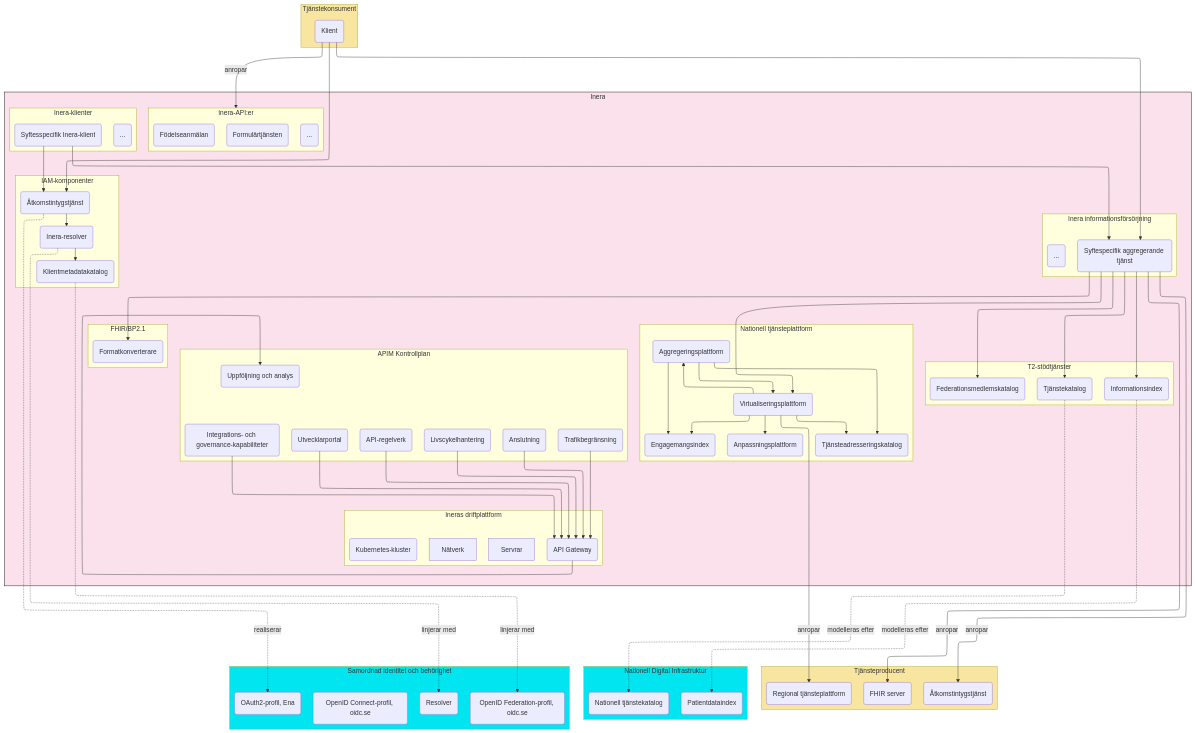
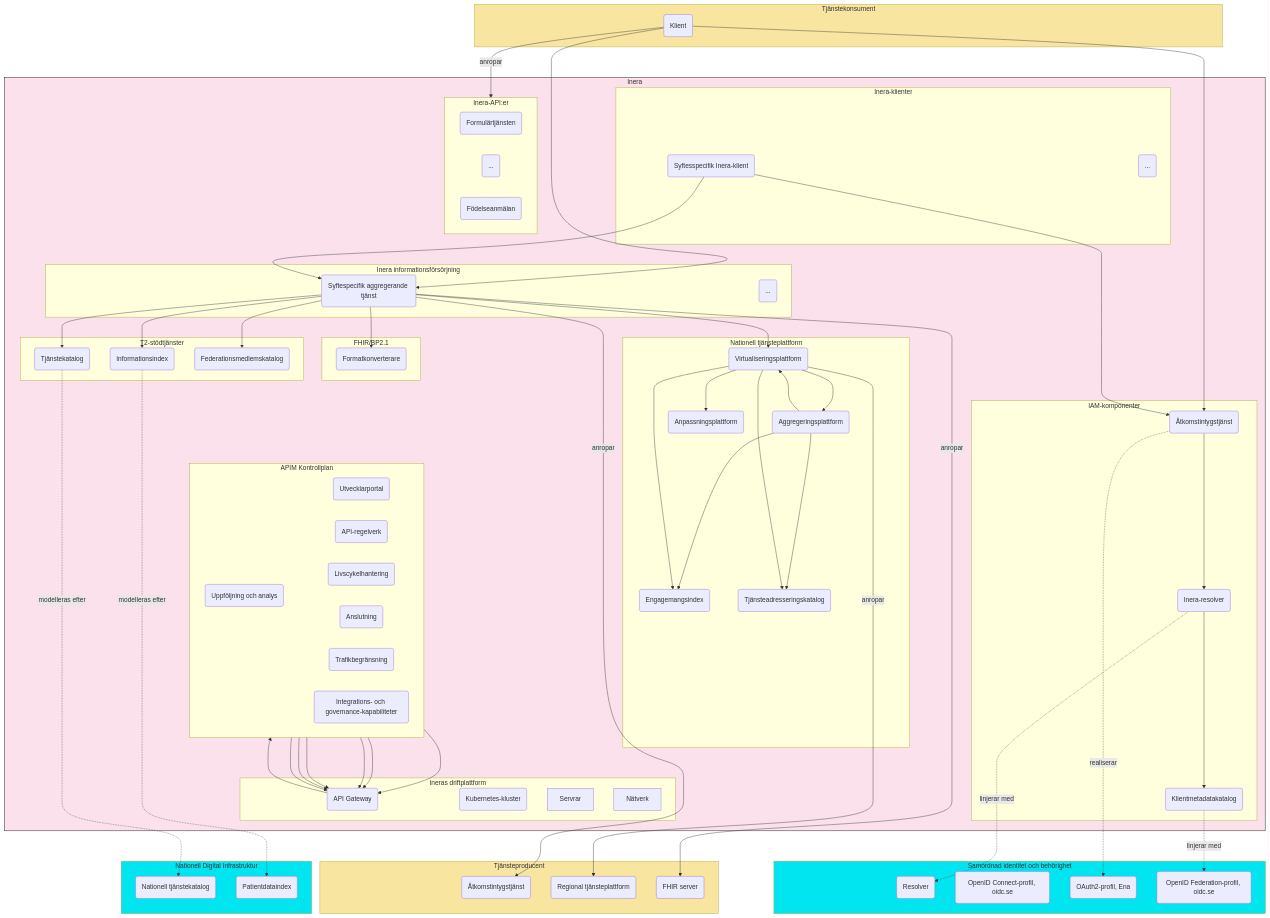
One commit to anders-malmros-inera/t2mmd changed the second of 2 diagrams in T2-krav/solution.md. Above: the diagram before and after it, drawn with Mermaid.

Commit message:
Update default flowchart renderer to elk2 and adjust formatting in solution.md

````diff
--- a/T2-krav/solution.md
+++ b/T2-krav/solution.md
@@ -39,6 +39,6 @@
 ```mermaid
 graph 
-%%{init: {"flowchart": {"defaultRenderer": "elk"}} }%%
+%%{init: {"flowchart": {"defaultRenderer": "elk2"}} }%%
 
 subgraph inera[Inera]
     subgraph itk[Inera-klienter]
@@ -163,10 +163,10 @@
 style sib fill:#00E5F0
 
 %% Formatting for elk renderer
-%%tkc~~~itk
 ei~~~kubernetes
 itk~~~kubernetes
 
 %% Formatting for dagre (standard) renderer
-%%gw~~~~~~sib & ndi & tp
+gw~~~sib & ndi & tp
+tkc~~~npo
 ```
````
